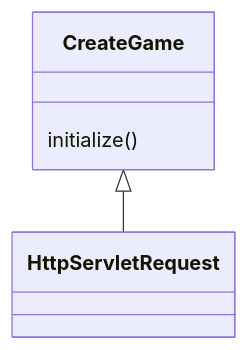
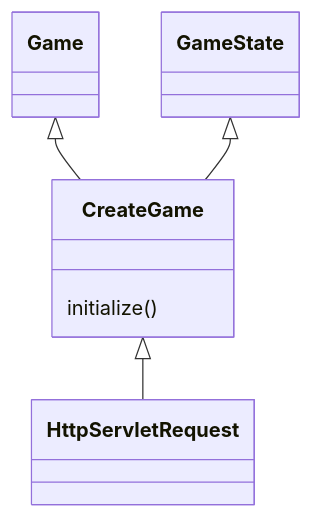
One commit to stijnlinderman/eldorado changed the fifth of 8 diagrams in ARCHITECTURE.md. Above: the diagram before and after it, drawn with Mermaid. The commit also changed other lines of this file, not shown here.

````diff
--- a/ARCHITECTURE.md
+++ b/ARCHITECTURE.md
@@ -65,5 +65,7 @@
 ```mermaid
 classDiagram
+	Game <|-- CreateGame
+	GameState <|-- CreateGame
 	CreateGame <|-- HttpServletRequest
 	CreateGame : initialize()
 ```
````
